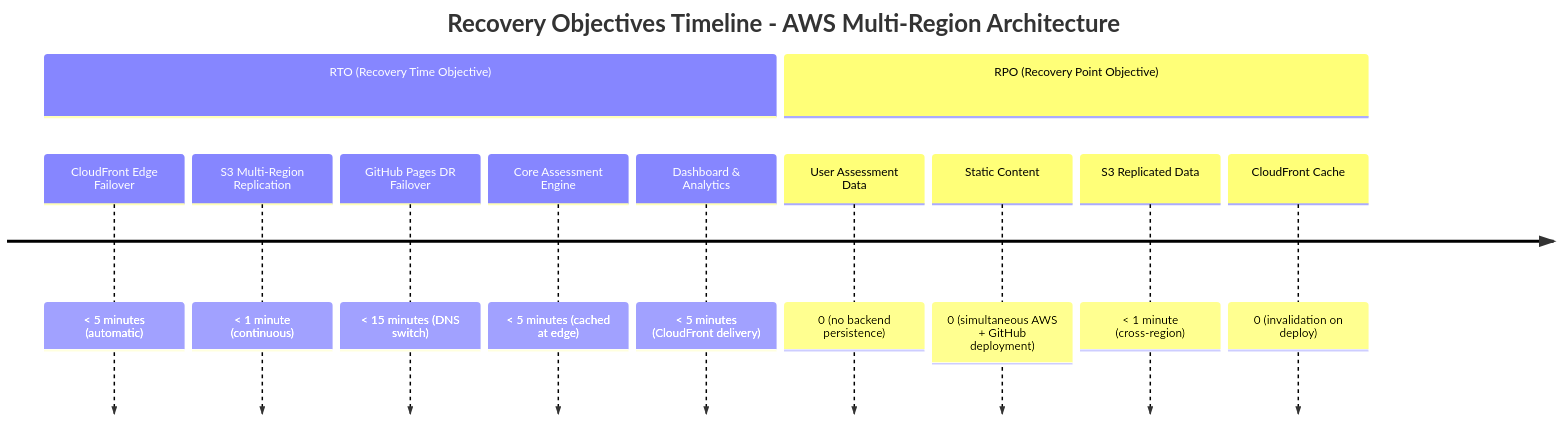
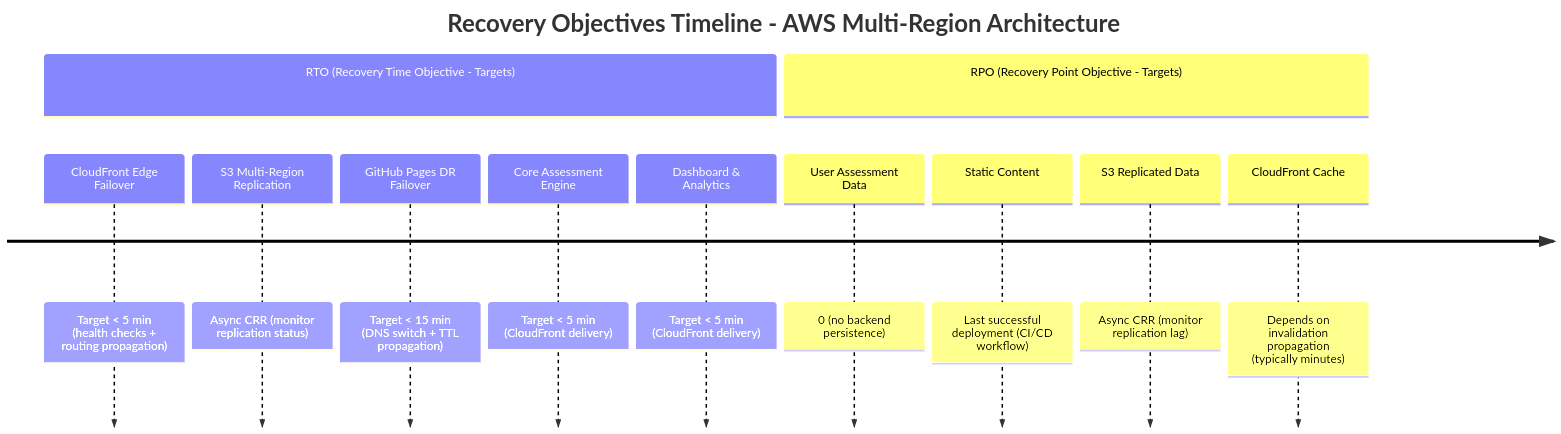
One commit to Hack23/cia-compliance-manager changed the tenth of 33 diagrams in docs/architecture/BCPPlan.md. Above: the diagram before and after it, drawn with Mermaid. The commit also changed other lines of this file and 3 other files, not shown here.

Commit message:
docs: convert RPO/RTO to objectives, fix Shield attribution, clarify screenshots handling

````diff
--- a/docs/architecture/BCPPlan.md
+++ b/docs/architecture/BCPPlan.md
@@ -407,15 +407,15 @@
 ```mermaid
 timeline
     title Recovery Objectives Timeline - AWS Multi-Region Architecture
-    section RTO (Recovery Time Objective)
-        CloudFront Edge Failover : < 5 minutes (automatic)
-        S3 Multi-Region Replication : < 1 minute (continuous)
-        GitHub Pages DR Failover : < 15 minutes (DNS switch)
-        Core Assessment Engine : < 5 minutes (cached at edge)
-        Dashboard & Analytics : < 5 minutes (CloudFront delivery)
-    section RPO (Recovery Point Objective)
+    section RTO (Recovery Time Objective - Targets)
+        CloudFront Edge Failover : Target < 5 min (health checks + routing propagation)
+        S3 Multi-Region Replication : Async CRR (monitor replication status)
+        GitHub Pages DR Failover : Target < 15 min (DNS switch + TTL propagation)
+        Core Assessment Engine : Target < 5 min (CloudFront delivery)
+        Dashboard & Analytics : Target < 5 min (CloudFront delivery)
+    section RPO (Recovery Point Objective - Targets)
         User Assessment Data : 0 (no backend persistence)
-        Static Content : 0 (simultaneous AWS + GitHub deployment)
-        S3 Replicated Data : < 1 minute (cross-region)
-        CloudFront Cache : 0 (invalidation on deploy)
+        Static Content : Last successful deployment (CI/CD workflow)
+        S3 Replicated Data : Async CRR (monitor replication lag)
+        CloudFront Cache : Depends on invalidation propagation (typically minutes)
 ```
````
